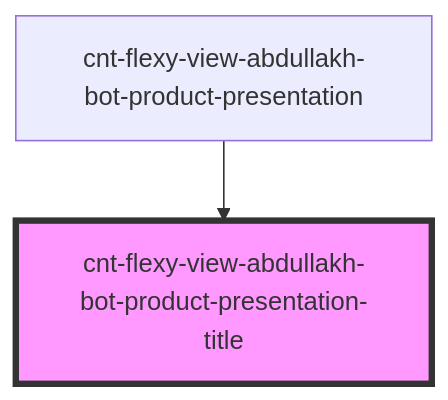
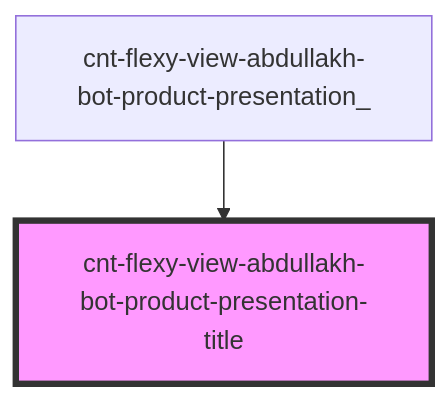
Before and after one commit to Wokh-Dada/botdevelopmentapp: the diagram in src/components/cnt-flexy-view-abdullakh-bot-product-presentation/res/view/cnt-flexy-view-abdullakh-bot-product-presentation_/res/view/cnt-flexy-view-abdullakh-bot-product-presentation-title/readme.md, drawn with Mermaid. The commit also changed other lines of this file and 34 other files, not shown here.

````diff
--- a/src/components/cnt-flexy-view-abdullakh-bot-product-presentation/res/view/cnt-flexy-view-abdullakh-bot-product-presentation_/res/view/cnt-flexy-view-abdullakh-bot-product-presentation-title/readme.md
+++ b/src/components/cnt-flexy-view-abdullakh-bot-product-presentation/res/view/cnt-flexy-view-abdullakh-bot-product-presentation_/res/view/cnt-flexy-view-abdullakh-bot-product-presentation-title/readme.md
@@ -31,5 +31,5 @@
 ```mermaid
 graph TD;
-  cnt-flexy-view-abdullakh-bot-product-presentation --> cnt-flexy-view-abdullakh-bot-product-presentation-title
+  cnt-flexy-view-abdullakh-bot-product-presentation_ --> cnt-flexy-view-abdullakh-bot-product-presentation-title
   style cnt-flexy-view-abdullakh-bot-product-presentation-title fill:#f9f,stroke:#333,stroke-width:4px
 ```
````
